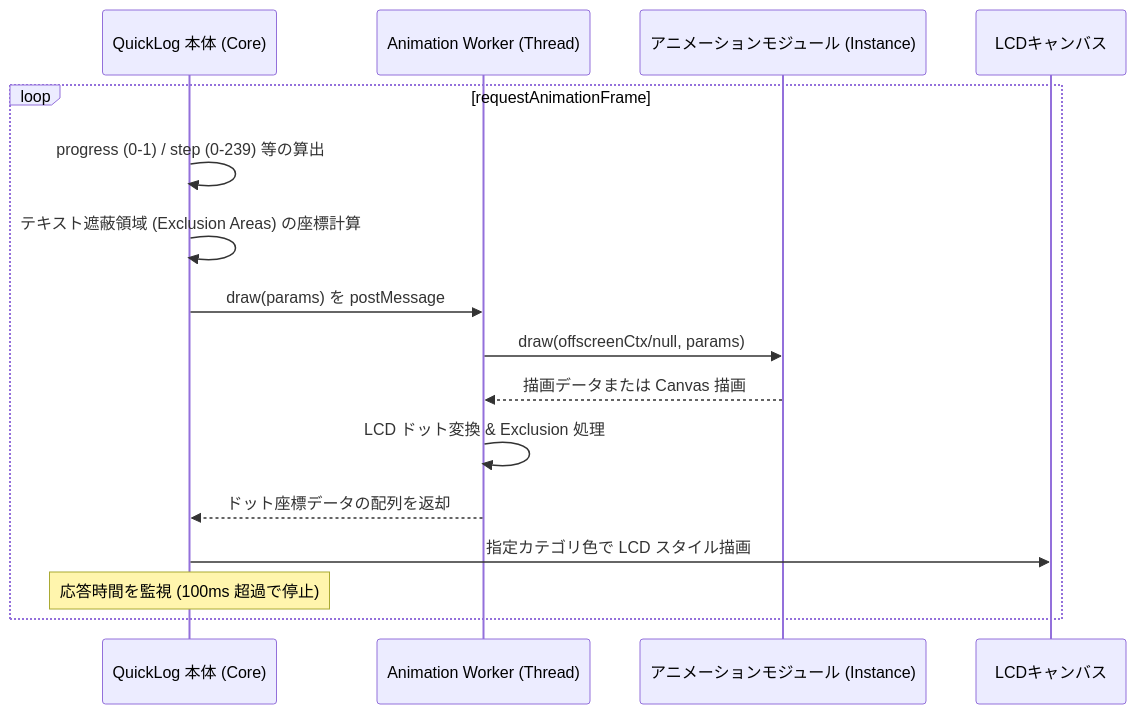
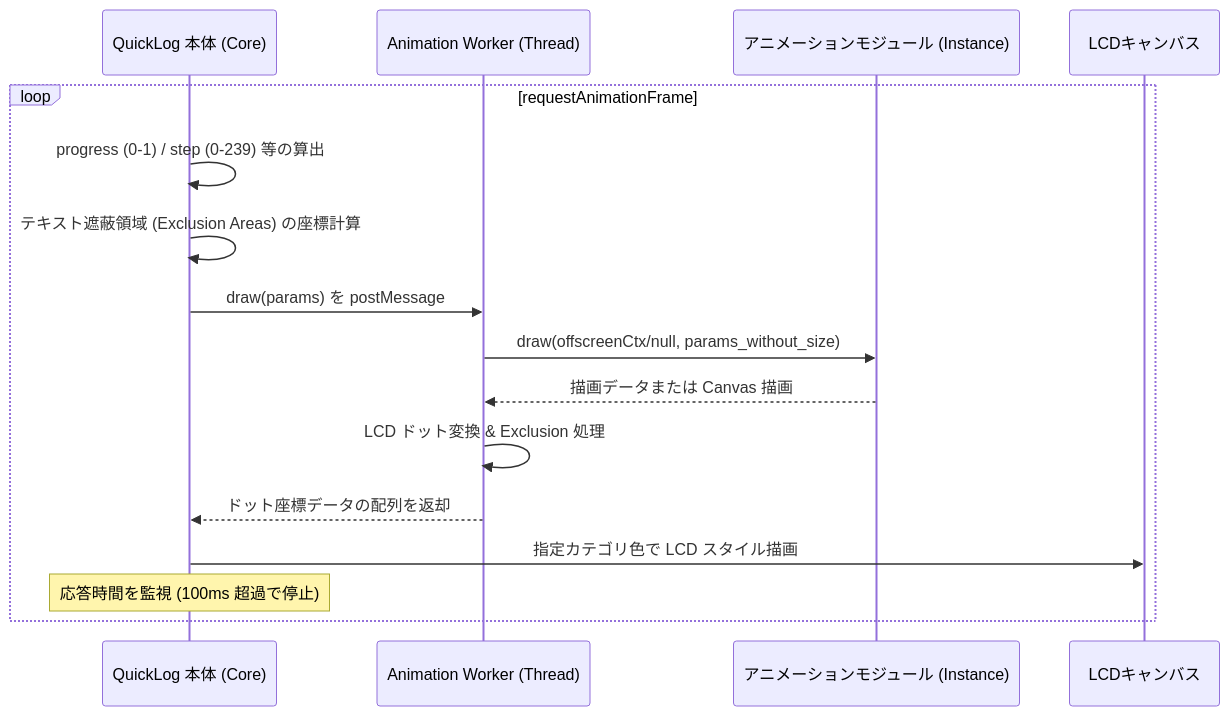
Before and after one commit to masanori-satake/QuickLog-Solo: the third of 5 diagrams in docs/animation_module_spec.md, drawn with Mermaid. The commit also changed other lines of this file and 23 other files, not shown here.

````diff
--- a/docs/animation_module_spec.md
+++ b/docs/animation_module_spec.md
@@ -68,19 +68,19 @@
 ```mermaid
 sequenceDiagram
     participant C_Loop as QuickLog 本体 (Core)
     participant W_Loop as Animation Worker (Thread)
     participant M_Loop as アニメーションモジュール (Instance)
     participant D_Loop as LCDキャンバス
 
     loop requestAnimationFrame
         C_Loop->>C_Loop: progress (0-1) / step (0-239) 等の算出
         C_Loop->>C_Loop: テキスト遮蔽領域 (Exclusion Areas) の座標計算
         C_Loop->>W_Loop: draw(params) を postMessage
-        W_Loop->>M_Loop: draw(offscreenCtx/null, params)
+        W_Loop->>M_Loop: draw(offscreenCtx/null, params_without_size)
         M_Loop-->>W_Loop: 描画データまたは Canvas 描画
         W_Loop->>W_Loop: LCD ドット変換 & Exclusion 処理
         W_Loop-->>C_Loop: ドット座標データの配列を返却
         C_Loop->>D_Loop: 指定カテゴリ色で LCD スタイル描画
         Note over C_Loop: 応答時間を監視 (100ms 超過で停止)
     end
 ```
````
